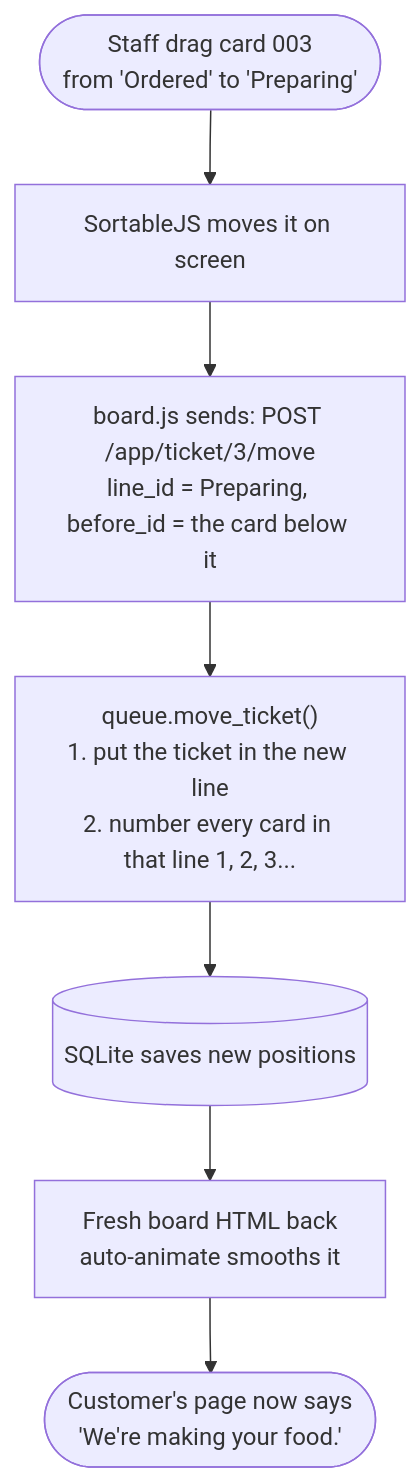
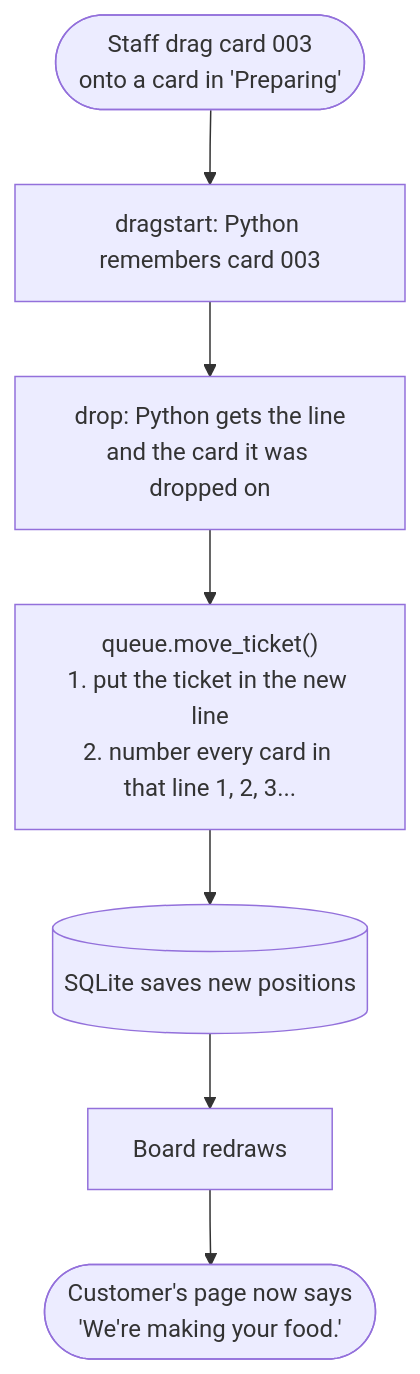
One commit to unwacko/dashQ_deployed changed the eighth of 11 diagrams in dashQ_how_it_works.md. Above: the diagram before and after it, drawn with Mermaid. The commit also changed other lines of this file and 60 other files, not shown here.

````diff
--- a/dashQ_how_it_works.md
+++ b/dashQ_how_it_works.md
@@ -334,9 +376,9 @@
 ```mermaid
 flowchart TD
-    A([Staff drag card 003<br/>from 'Ordered' to 'Preparing']) --> B[SortableJS moves it on screen]
-    B --> C["board.js sends: POST /app/ticket/3/move<br/>line_id = Preparing, before_id = the card below it"]
+    A([Staff drag card 003<br/>onto a card in 'Preparing']) --> B["dragstart: Python remembers card 003"]
+    B --> C["drop: Python gets the line<br/>and the card it was dropped on"]
     C --> D["queue.move_ticket()<br/>1. put the ticket in the new line<br/>2. number every card in that line 1, 2, 3..."]
     D --> E[(SQLite saves new positions)]
-    E --> F[Fresh board HTML back<br/>auto-animate smooths it]
+    E --> F[Board redraws]
     F --> G([Customer's page now says<br/>'We're making your food.'])
 ```
````
